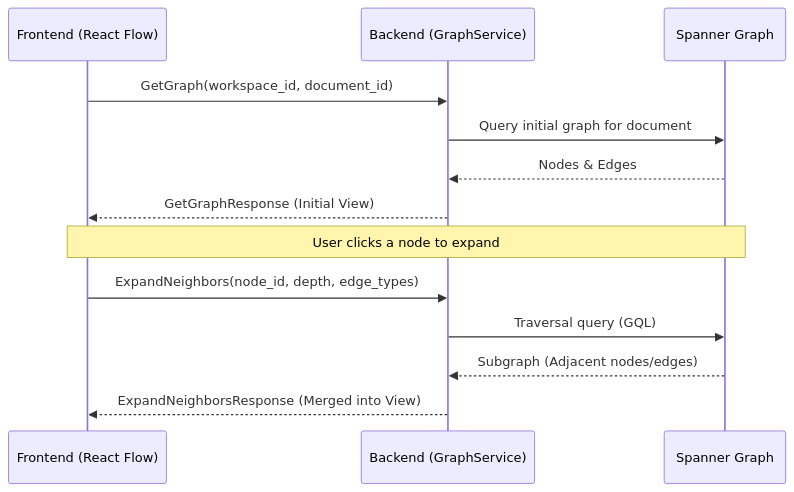
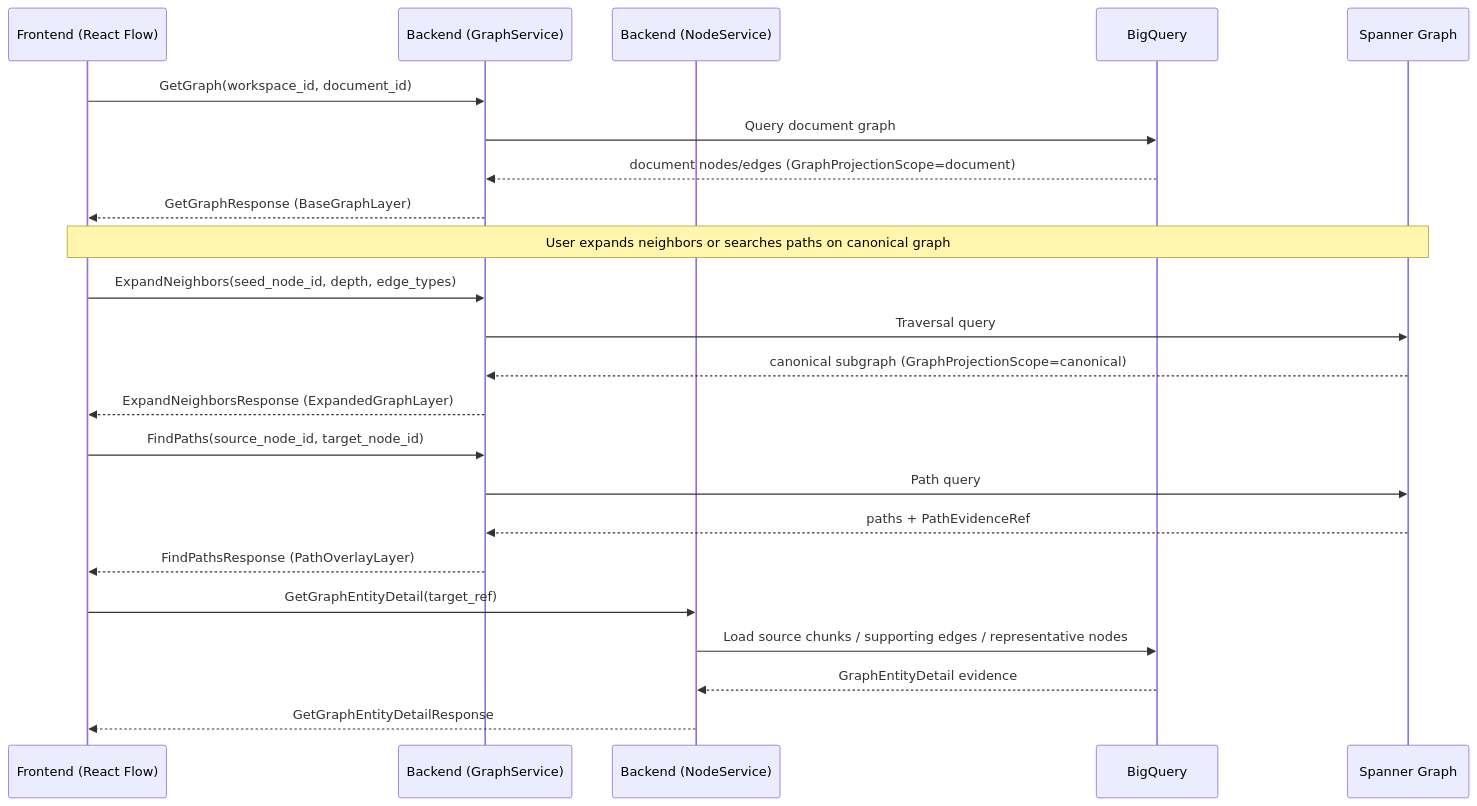
One commit to Keyhole-Koro/ActionRev changed the third of 4 diagrams in initial-specs/specifications/gcp-graph-system/contract/readable/api-flows.md. Above: the diagram before and after it, drawn with Mermaid. The commit also changed other lines of this file and 3 other files, not shown here.

Commit message:
feat: Update API specifications and flows to include new metrics and enhance document processing details

````diff
--- a/initial-specs/specifications/gcp-graph-system/contract/readable/api-flows.md
+++ b/initial-specs/specifications/gcp-graph-system/contract/readable/api-flows.md
@@ -50,18 +50,30 @@
 ```mermaid
 sequenceDiagram
     participant F as Frontend (React Flow)
-    participant B as Backend (GraphService)
-    participant S as Spanner Graph
+    participant G as Backend (GraphService)
+    participant N as Backend (NodeService)
+    participant BQ as BigQuery
+    participant SG as Spanner Graph
 
-    F->>B: GetGraph(workspace_id, document_id)
-    B->>S: Query initial graph for document
-    S-->>B: Nodes & Edges
-    B-->>F: GetGraphResponse (Initial View)
+    F->>G: GetGraph(workspace_id, document_id)
+    G->>BQ: Query document graph
+    BQ-->>G: document nodes/edges (GraphProjectionScope=document)
+    G-->>F: GetGraphResponse (BaseGraphLayer)
     
-    Note over F, S: User clicks a node to expand
+    Note over F, SG: User expands neighbors or searches paths on canonical graph
     
-    F->>B: ExpandNeighbors(node_id, depth, edge_types)
-    B->>S: Traversal query (GQL)
-    S-->>B: Subgraph (Adjacent nodes/edges)
-    B-->>F: ExpandNeighborsResponse (Merged into View)
+    F->>G: ExpandNeighbors(seed_node_id, depth, edge_types)
+    G->>SG: Traversal query
+    SG-->>G: canonical subgraph (GraphProjectionScope=canonical)
+    G-->>F: ExpandNeighborsResponse (ExpandedGraphLayer)
+
+    F->>G: FindPaths(source_node_id, target_node_id)
+    G->>SG: Path query
+    SG-->>G: paths + PathEvidenceRef
+    G-->>F: FindPathsResponse (PathOverlayLayer)
+
+    F->>N: GetGraphEntityDetail(target_ref)
+    N->>BQ: Load source chunks / supporting edges / representative nodes
+    BQ-->>N: GraphEntityDetail evidence
+    N-->>F: GetGraphEntityDetailResponse
 ```
````
